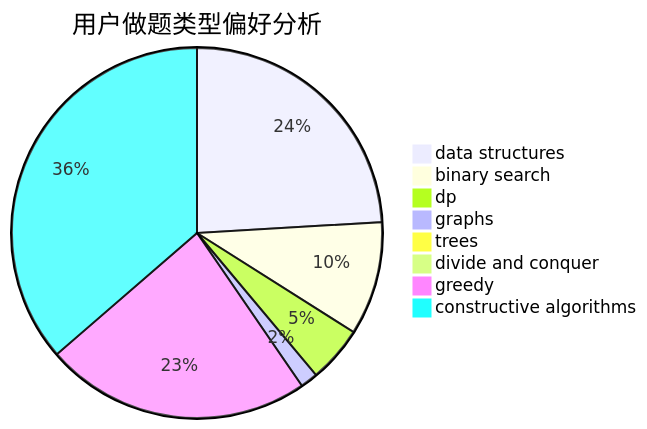
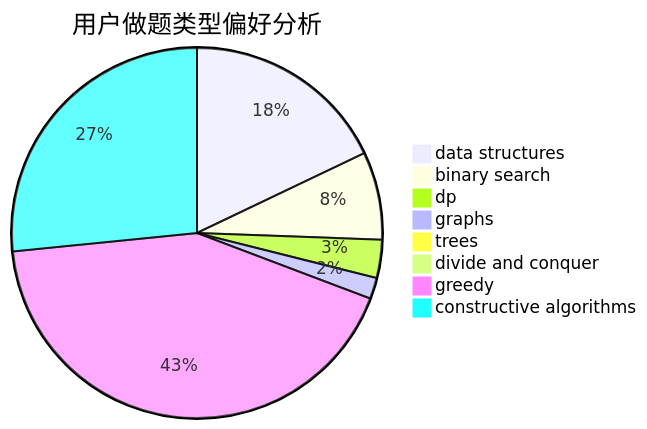
One commit to sherpahu/cfrs.github.io changed the second of 3 diagrams in docs/user/u861.md. Above: the diagram before and after it, drawn with Mermaid. The commit also changed other lines of this file and 2770 other files, not shown here.

````diff
--- a/docs/user/u861.md
+++ b/docs/user/u861.md
@@ -23,11 +23,11 @@
 ```mermaid
 pie title 用户做题类型偏好分析
-    "data structures" :  284
-    "binary search" :  117
-    "dp" :  58
-    "graphs" :  18
-    "trees" :  7
+    "data structures" :  301
+    "binary search" :  129
+    "dp" :  56
+    "graphs" :  31
+    "trees" :  0
     "divide and conquer" :  0
-    "greedy" :  274
-    "constructive algorithms" :  429
+    "greedy" :  717
+    "constructive algorithms" :  447
 ```
````
